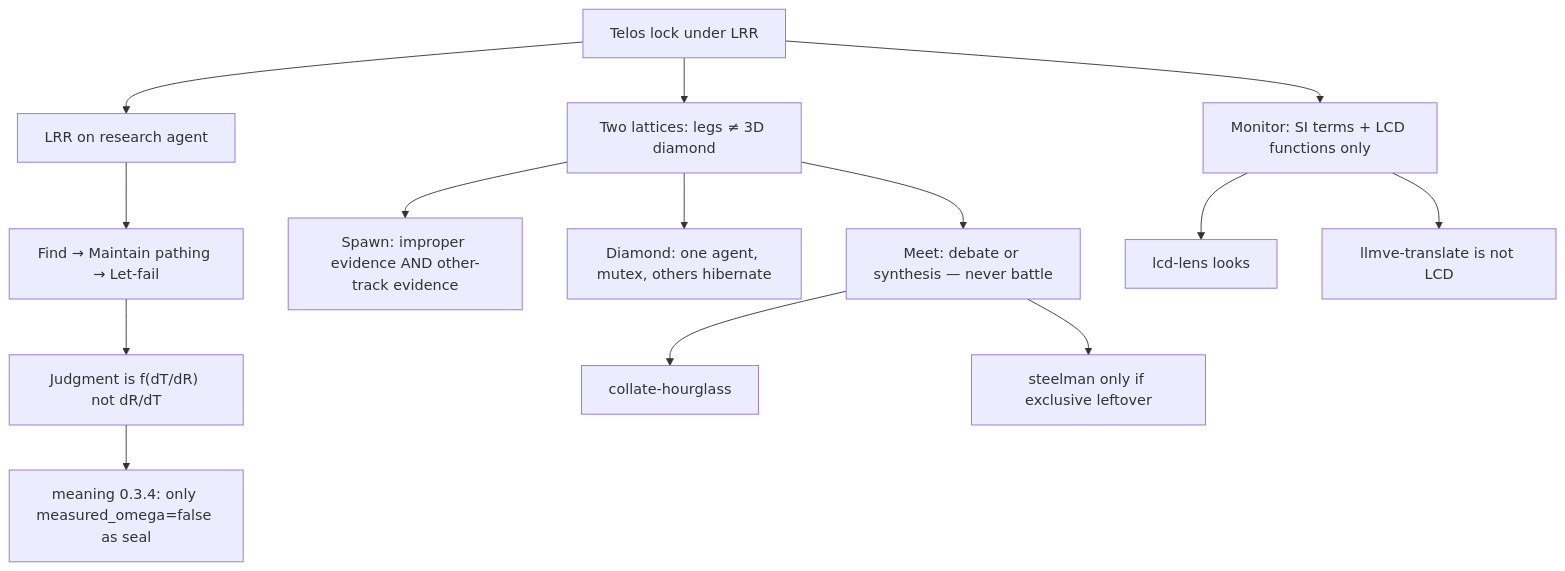
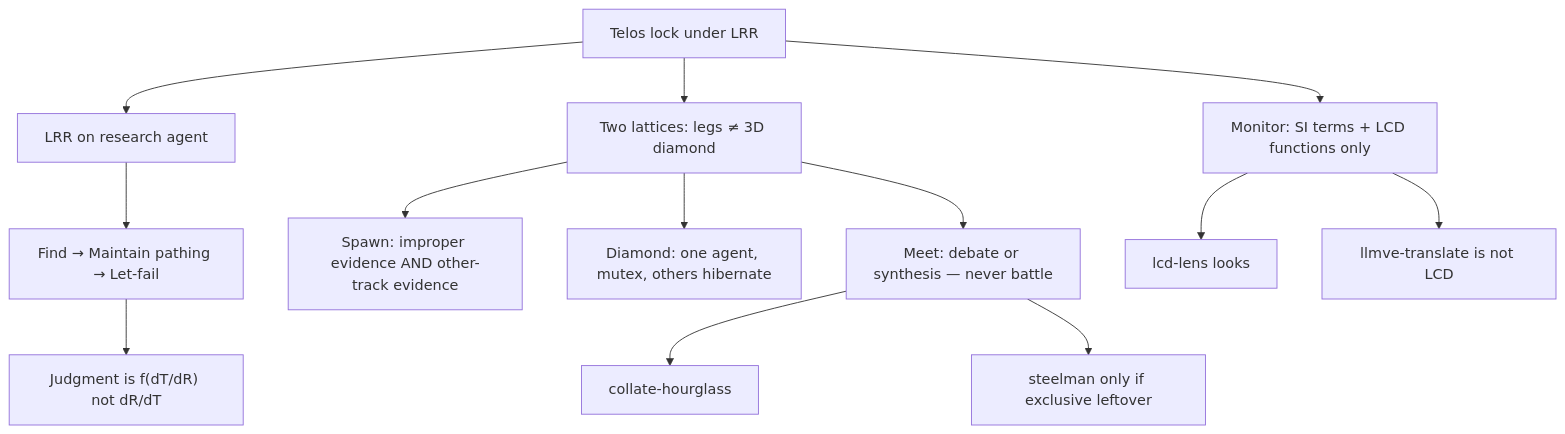
The first of 4 diagrams in LATTICE_AHEAD.md (Fractal-Deployment/twinglass-pack), drawn with Mermaid before and after one commit. The commit also changed other lines of this file and 68 other files, not shown here.

````diff
--- a/LATTICE_AHEAD.md
+++ b/LATTICE_AHEAD.md
@@ -13,16 +12,15 @@
 ```mermaid
 flowchart TD
   T[Telos lock under LRR] --> LRR[LRR on research agent]
   T --> MON[Monitor: SI terms + LCD functions only]
   T --> TWO[Two lattices: legs ≠ 3D diamond]
   LRR --> PATH[Find → Maintain pathing → Let-fail]
   PATH --> JUDGE["Judgment is f(dT/dR) not dR/dT"]
   TWO --> SPAWN[Spawn: improper evidence AND other-track evidence]
   TWO --> DIA[Diamond: one agent, mutex, others hibernate]
   TWO --> MEET[Meet: debate or synthesis — never battle]
   MEET --> COL[collate-hourglass]
   MEET --> STL[steelman only if exclusive leftover]
   MON --> LOOK[lcd-lens looks]
   MON --> TR[llmve-translate is not LCD]
-  JUDGE --> SEAL[meaning 0.3.4: only measured_omega=false as seal]
 ```
````
